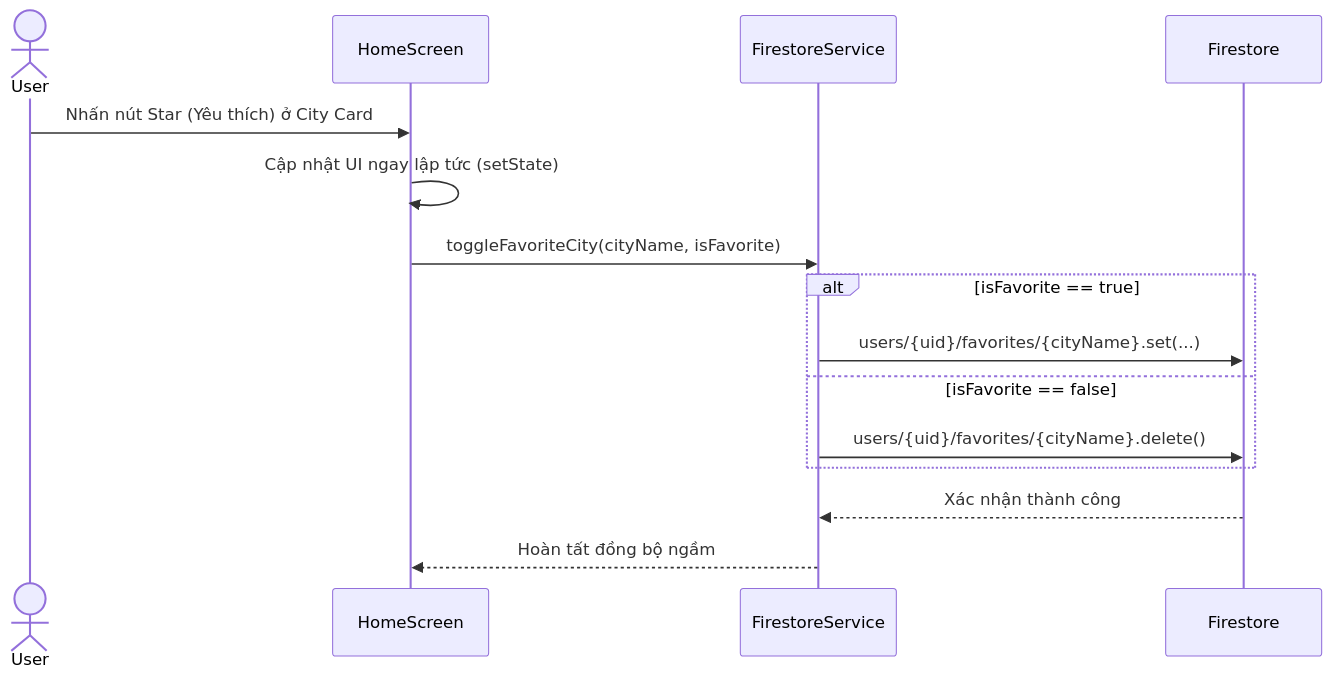
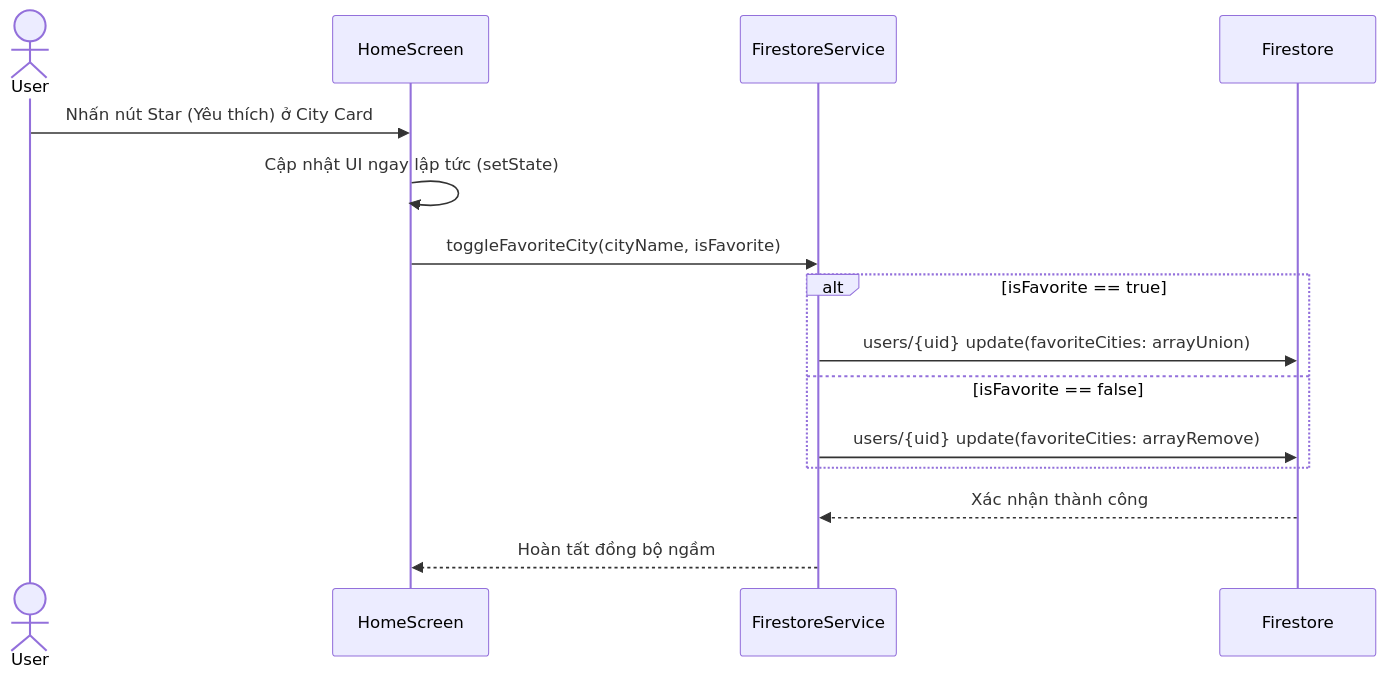
The fifth of 8 diagrams in README.md (DNTt30/weatherApp_Quang_Tu_Long_1_2026), drawn with Mermaid before and after one commit. The commit also changed other lines of this file and 3 other files, not shown here.

Commit message:
Update README to accurately reflect codebase architecture and diagrams

````diff
--- a/README.md
+++ b/README.md
@@ -243,18 +264,18 @@
 ```mermaid
 sequenceDiagram
     actor User
     participant HomeScreen
     participant FirestoreService
     participant Firestore
 
     User->>HomeScreen: Nhấn nút Star (Yêu thích) ở City Card
     HomeScreen->>HomeScreen: Cập nhật UI ngay lập tức (setState)
     HomeScreen->>FirestoreService: toggleFavoriteCity(cityName, isFavorite)
     alt isFavorite == true
-        FirestoreService->>Firestore: users/{uid}/favorites/{cityName}.set(...)
+        FirestoreService->>Firestore: users/{uid} update(favoriteCities: arrayUnion)
     else isFavorite == false
-        FirestoreService->>Firestore: users/{uid}/favorites/{cityName}.delete()
+        FirestoreService->>Firestore: users/{uid} update(favoriteCities: arrayRemove)
     end
     Firestore-->>FirestoreService: Xác nhận thành công
     FirestoreService-->>HomeScreen: Hoàn tất đồng bộ ngầm
 ```
````
